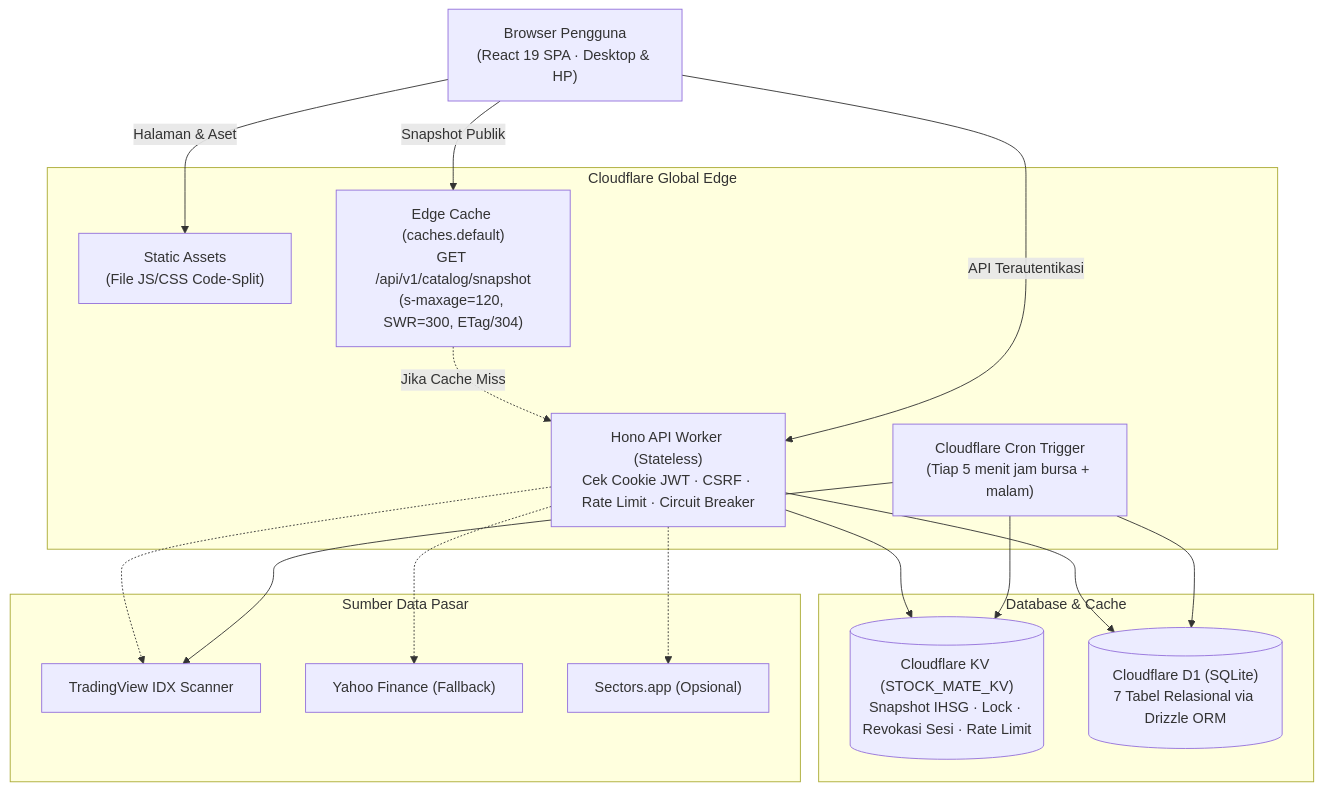
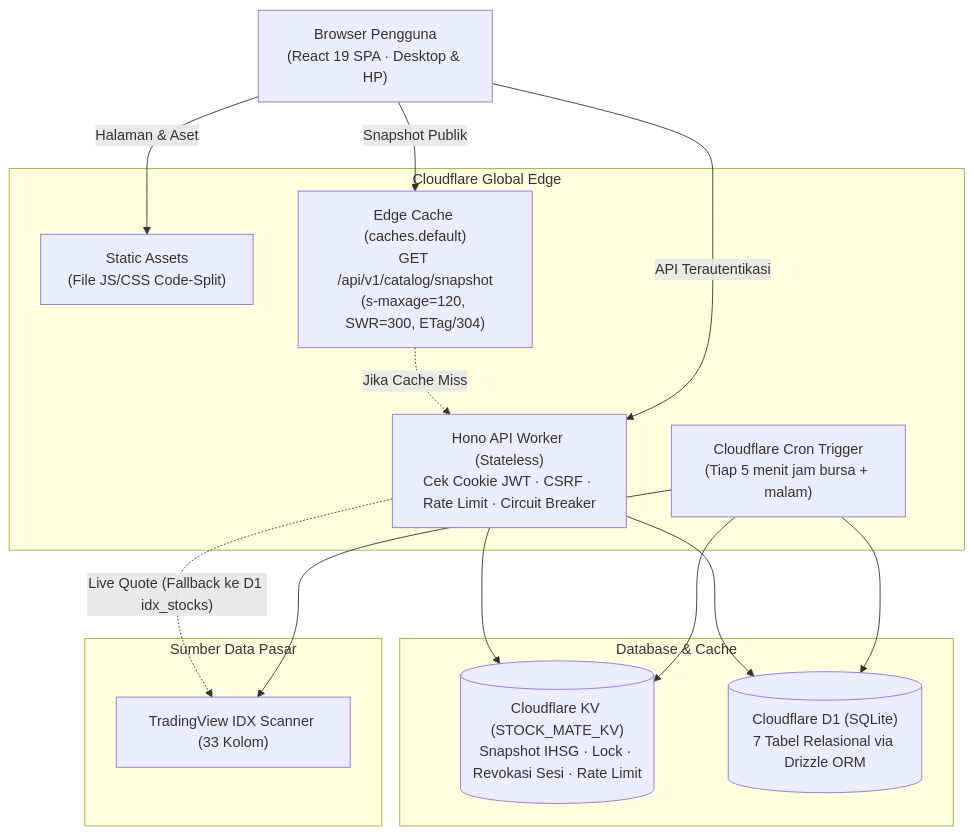
The second of 2 diagrams in docs/id/README.md (charlybutar21/stock-mate-v2), drawn with Mermaid before and after one commit. The commit also changed other lines of this file and 28 other files, not shown here.

Commit message:
refactor(market-data): use TradingView-only with D1 idx_stocks fallback

````diff
--- a/docs/id/README.md
+++ b/docs/id/README.md
@@ -152,35 +152,31 @@
 ```mermaid
 flowchart TB
     User["Browser Pengguna<br/>(React 19 SPA · Desktop & HP)"]
 
     subgraph CF["Cloudflare Global Edge"]
         Assets["Static Assets<br/>(File JS/CSS Code-Split)"]
         EdgeCache["Edge Cache (caches.default)<br/>GET /api/v1/catalog/snapshot<br/>(s-maxage=120, SWR=300, ETag/304)"]
         Worker["Hono API Worker (Stateless)<br/>Cek Cookie JWT · CSRF · Rate Limit · Circuit Breaker"]
         Cron["Cloudflare Cron Trigger<br/>(Tiap 5 menit jam bursa + malam)"]
     end
 
     subgraph Data["Database & Cache"]
         KV[("Cloudflare KV (STOCK_MATE_KV)<br/>Snapshot IHSG · Lock · Revokasi Sesi · Rate Limit")]
         D1[("Cloudflare D1 (SQLite)<br/>7 Tabel Relasional via Drizzle ORM")]
     end
 
     subgraph Upstream["Sumber Data Pasar"]
-        TV["TradingView IDX Scanner"]
-        YF["Yahoo Finance (Fallback)"]
-        SA["Sectors.app (Opsional)"]
+        TV["TradingView IDX Scanner (33 Kolom)"]
     end
 
     User -->|"Halaman & Aset"| Assets
     User -->|"Snapshot Publik"| EdgeCache
     EdgeCache -.->|"Jika Cache Miss"| Worker
     User -->|"API Terautentikasi"| Worker
     Worker --> KV
     Worker --> D1
-    Worker -.-> TV
-    Worker -.-> YF
-    Worker -.-> SA
+    Worker -.->|"Live Quote (Fallback ke D1 idx_stocks)"| TV
     Cron --> TV
     Cron --> D1
     Cron --> KV
 ```
````
